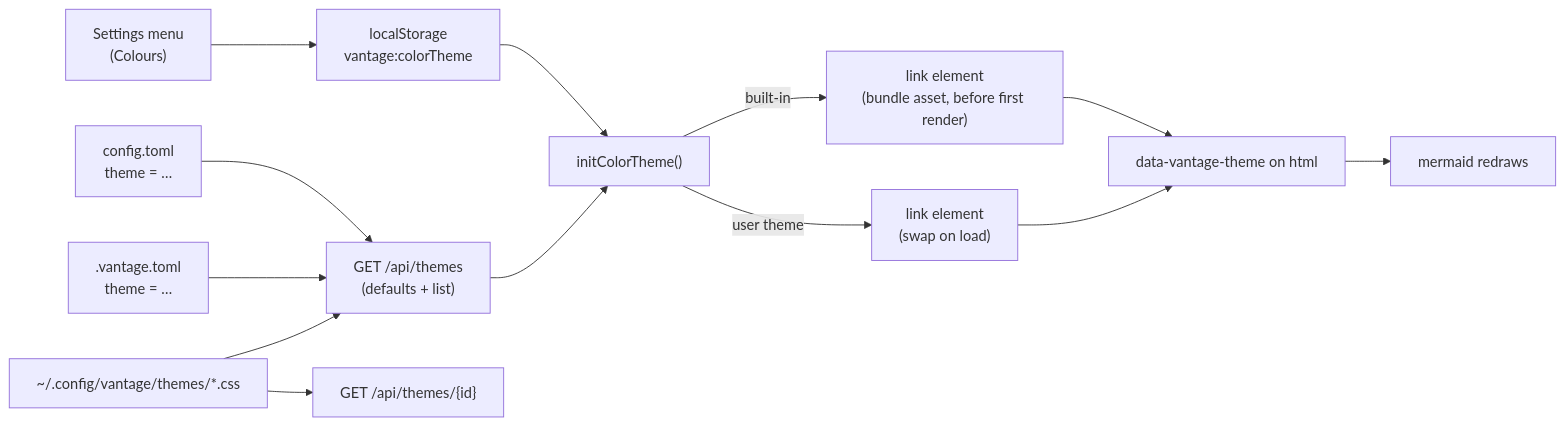
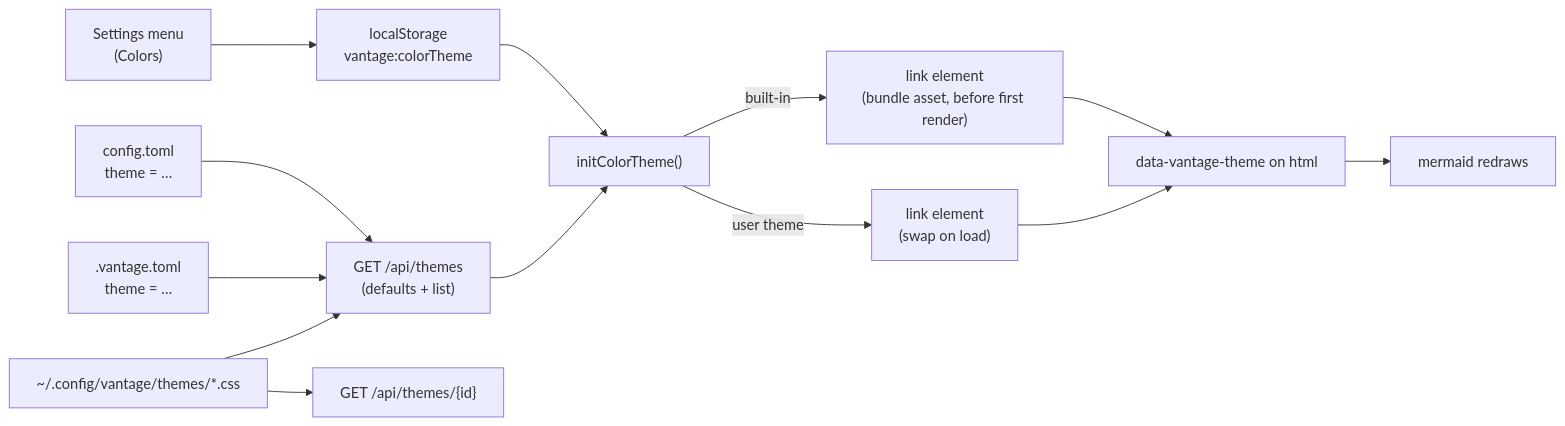
The diagram in docs/design/color-themes.md (mschulkind-oss/vantage), drawn with Mermaid before and after one commit. The commit also changed other lines of this file and 156 other files, not shown here.

````diff
--- a/docs/design/color-themes.md
+++ b/docs/design/color-themes.md
@@ -90,15 +90,15 @@
 ```mermaid
 flowchart LR
-  pick["Settings menu<br/>(Colours)"] --> ls["localStorage<br/>vantage:colorTheme"]
+  pick["Settings menu<br/>(Colors)"] --> ls["localStorage<br/>vantage:colorTheme"]
   cfg["config.toml<br/>theme = …"] --> api["GET /api/themes<br/>(defaults + list)"]
   repo[".vantage.toml<br/>theme = …"] --> api
   dir["~/.config/vantage/themes/*.css"] --> api
   dir --> css["GET /api/themes/{id}"]
   ls --> init["initColorTheme()"]
   api --> init
   init -->|"built-in"| bundled["link element<br/>(bundle asset, before first render)"]
   init -->|"user theme"| linkEl["link element<br/>(swap on load)"]
   bundled --> attr["data-vantage-theme on html"]
   linkEl --> attr
   attr --> mm["mermaid redraws"]
 ```
````
